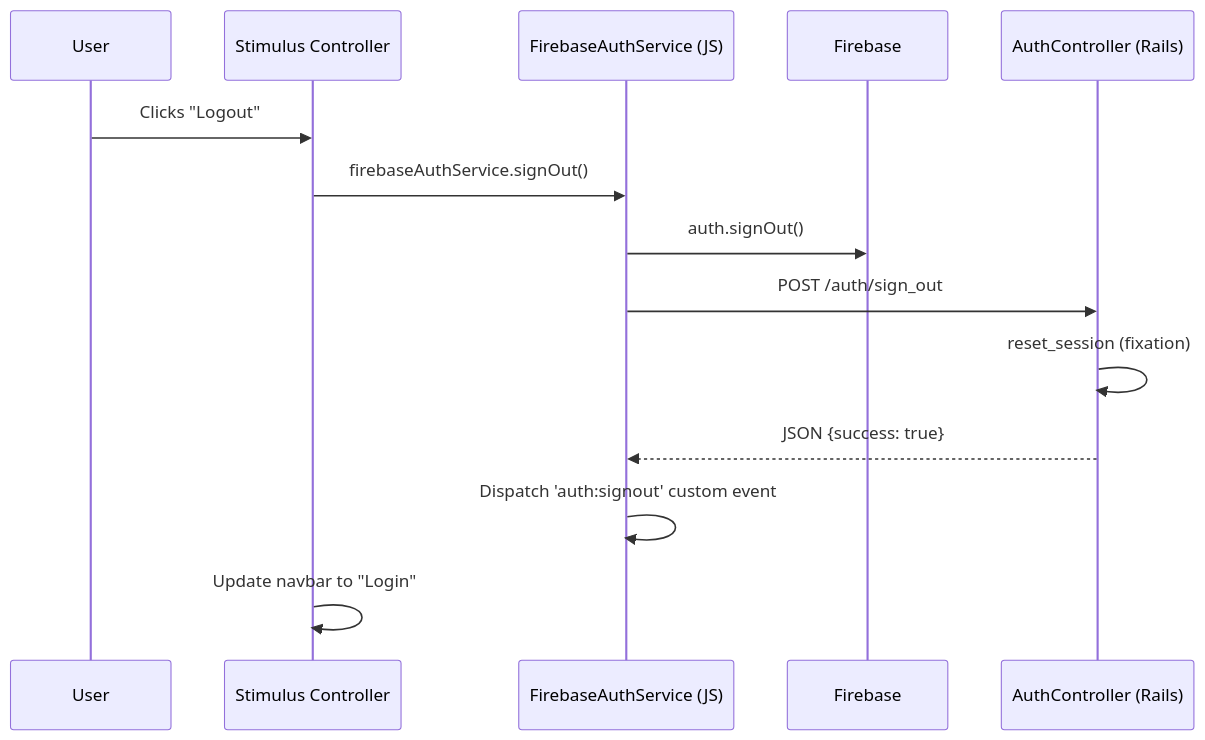
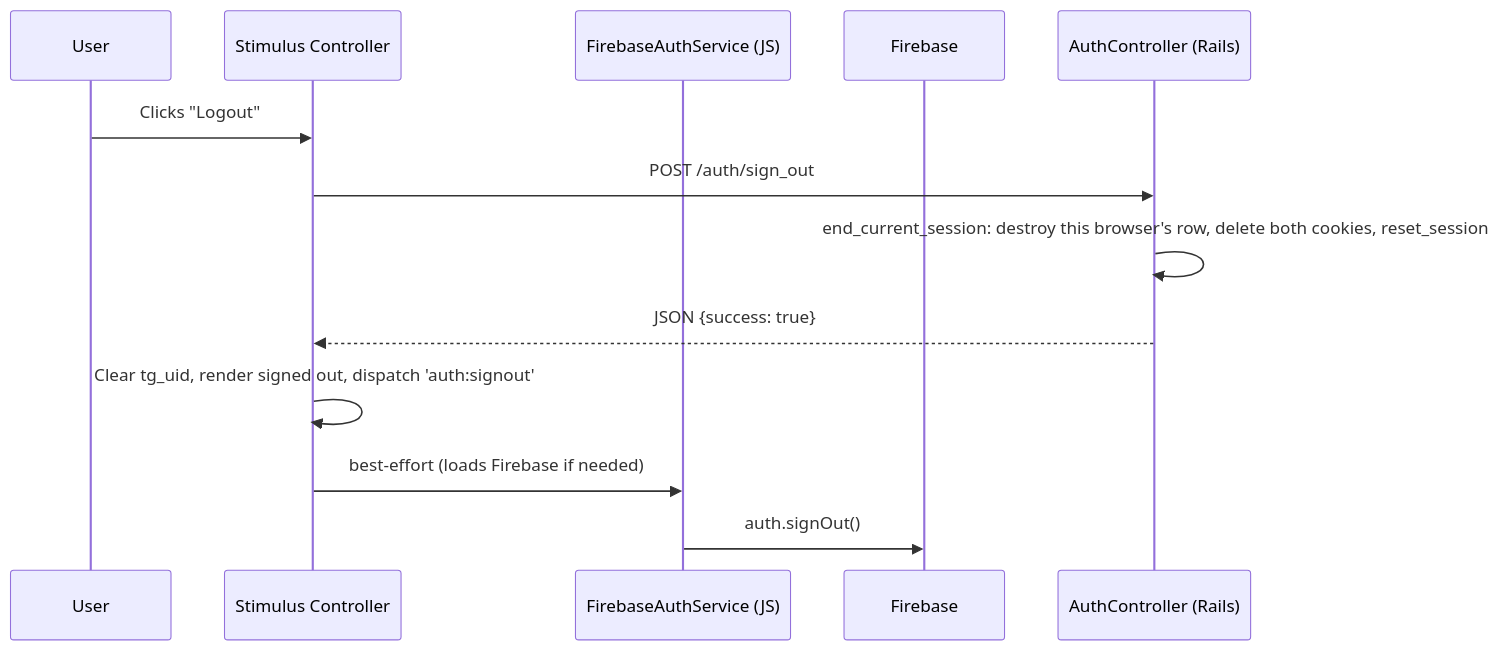
Before and after one commit to ssherman/the-greatest: the second of 3 diagrams in docs/features/authentication.md, drawn with Mermaid. The commit also changed other lines of this file and 1 other file, not shown here.

````diff
--- a/docs/features/authentication.md
+++ b/docs/features/authentication.md
@@ -56,17 +55,16 @@
 ```mermaid
 sequenceDiagram
     participant U as User
     participant S as Stimulus Controller
     participant FAS as FirebaseAuthService (JS)
     participant FB as Firebase
     participant RC as AuthController (Rails)
 
     U->>S: Clicks "Logout"
-    S->>FAS: firebaseAuthService.signOut()
+    S->>RC: POST /auth/sign_out
+    RC->>RC: end_current_session: destroy this browser's row, delete both cookies, reset_session
+    RC-->>S: JSON {success: true}
+    S->>S: Clear tg_uid, render signed out, dispatch 'auth:signout'
+    S->>FAS: best-effort (loads Firebase if needed)
     FAS->>FB: auth.signOut()
-    FAS->>RC: POST /auth/sign_out
-    RC->>RC: reset_session (fixation)
-    RC-->>FAS: JSON {success: true}
-    FAS->>FAS: Dispatch 'auth:signout' custom event
-    S->>S: Update navbar to "Login"
 ```
````
